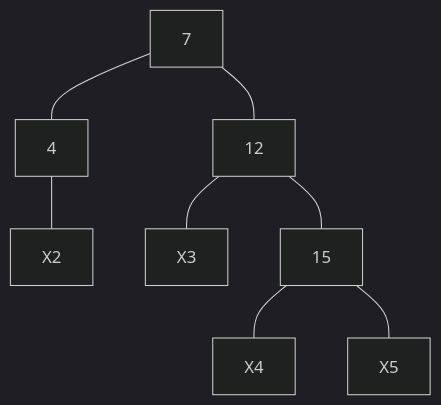
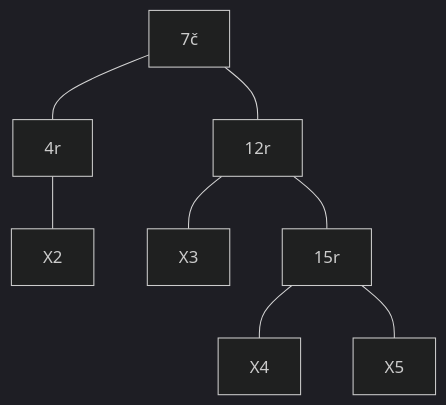
One commit to Tiggax/Zapiski changed diagram 15 of 18 in 2. Letnik/Podatkovne strukture in algoritmi/vaje.17-11-2021.md. Above: the diagram before and after it, drawn with Mermaid (dark theme). The commit also changed other lines of this file, not shown here.

````diff
--- a/2. Letnik/Podatkovne strukture in algoritmi/vaje.17-11-2021.md
+++ b/2. Letnik/Podatkovne strukture in algoritmi/vaje.17-11-2021.md
@@ -180,11 +180,11 @@
 ```mermaid
 graph TD
-A[7]
-A---B[4]
-A---B1[12]
+A[7č]
+A---B[4r]
+A---B1[12r]
 B---X2
 B1---X3
-B1---C[15]
+B1---C[15r]
 C---X4
 C---X5
 ```
````
